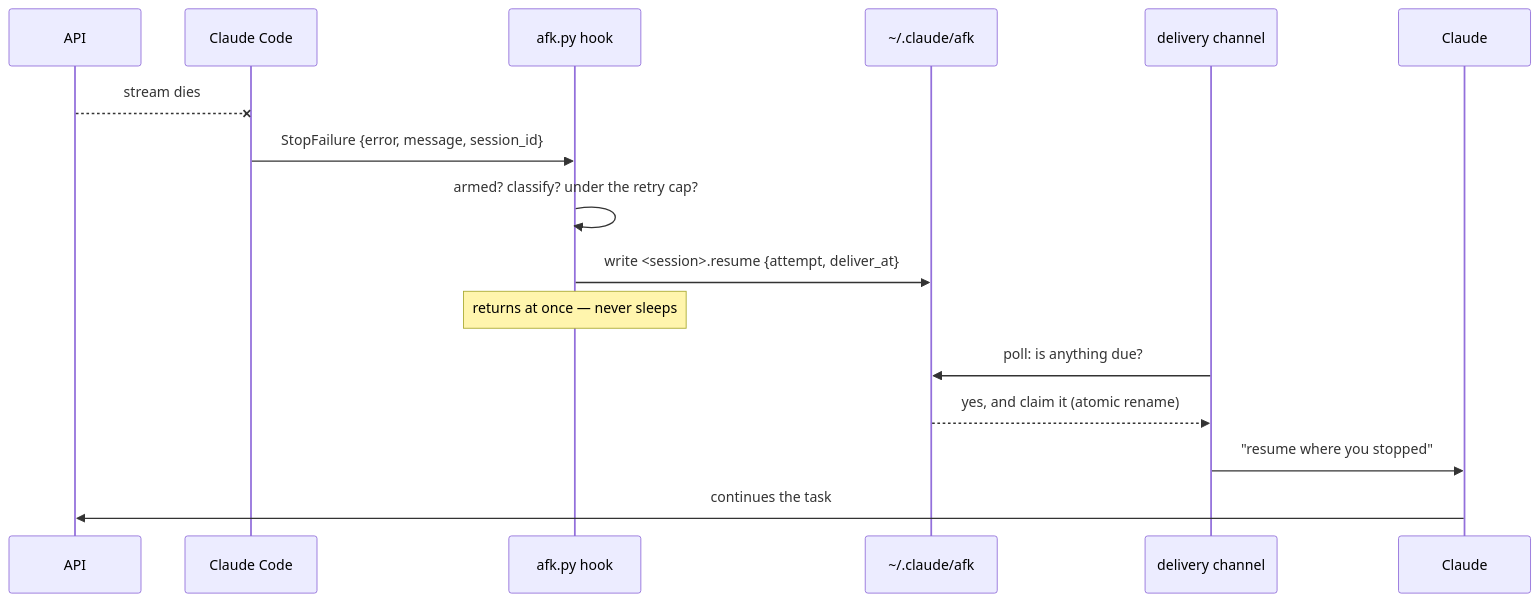
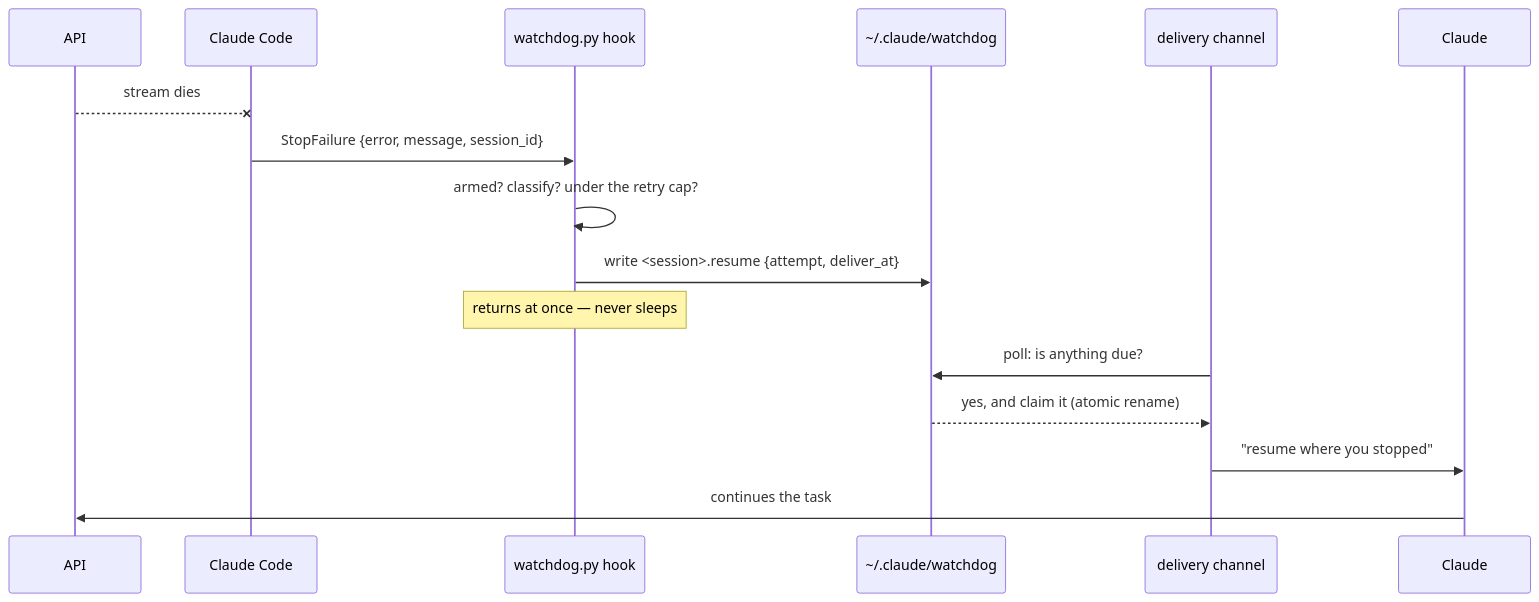
One commit to fuadnafiz98/claude-watchdog changed the second of 4 diagrams in README.md. Above: the diagram before and after it, drawn with Mermaid. The commit also changed other lines of this file and 10 other files, not shown here.

````diff
--- a/README.md
+++ b/README.md
@@ -54,19 +54,19 @@
 ```mermaid
 sequenceDiagram
     participant API
     participant CC as Claude Code
-    participant Hook as afk.py hook
-    participant Disk as ~/.claude/afk
+    participant Hook as watchdog.py hook
+    participant Disk as ~/.claude/watchdog
     participant Ch as delivery channel
     participant Claude
 
     API--xCC: stream dies
     CC->>Hook: StopFailure {error, message, session_id}
     Hook->>Hook: armed? classify? under the retry cap?
     Hook->>Disk: write <session>.resume {attempt, deliver_at}
     Note over Hook: returns at once — never sleeps
     Ch->>Disk: poll: is anything due?
     Disk-->>Ch: yes, and claim it (atomic rename)
     Ch->>Claude: "resume where you stopped"
     Claude->>API: continues the task
 ```
````
